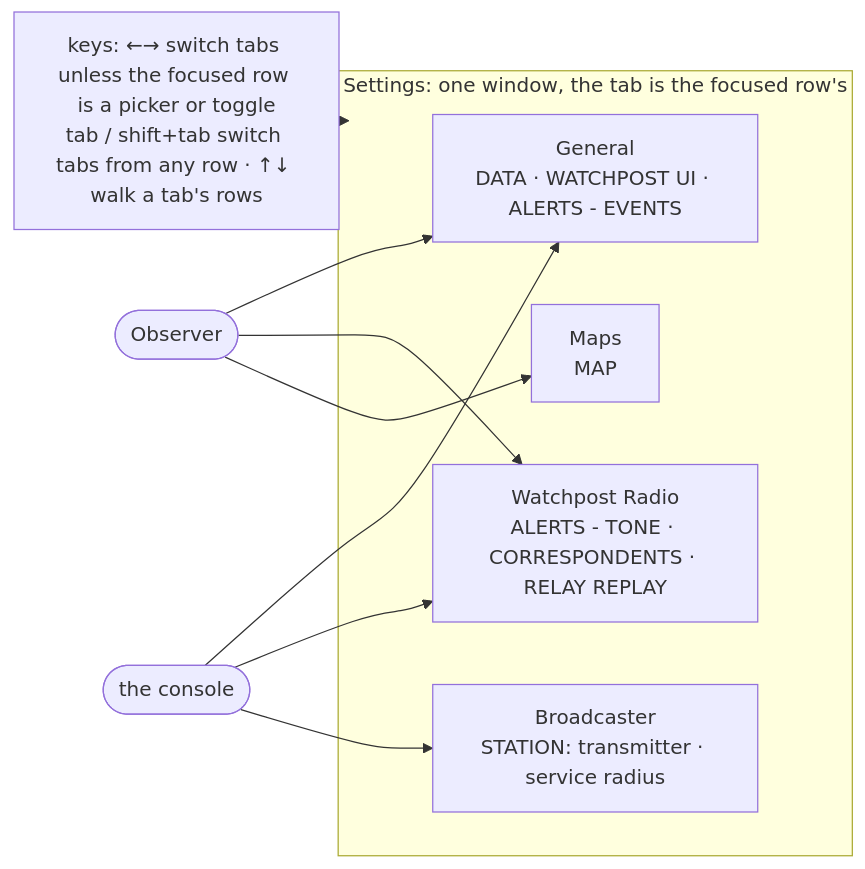
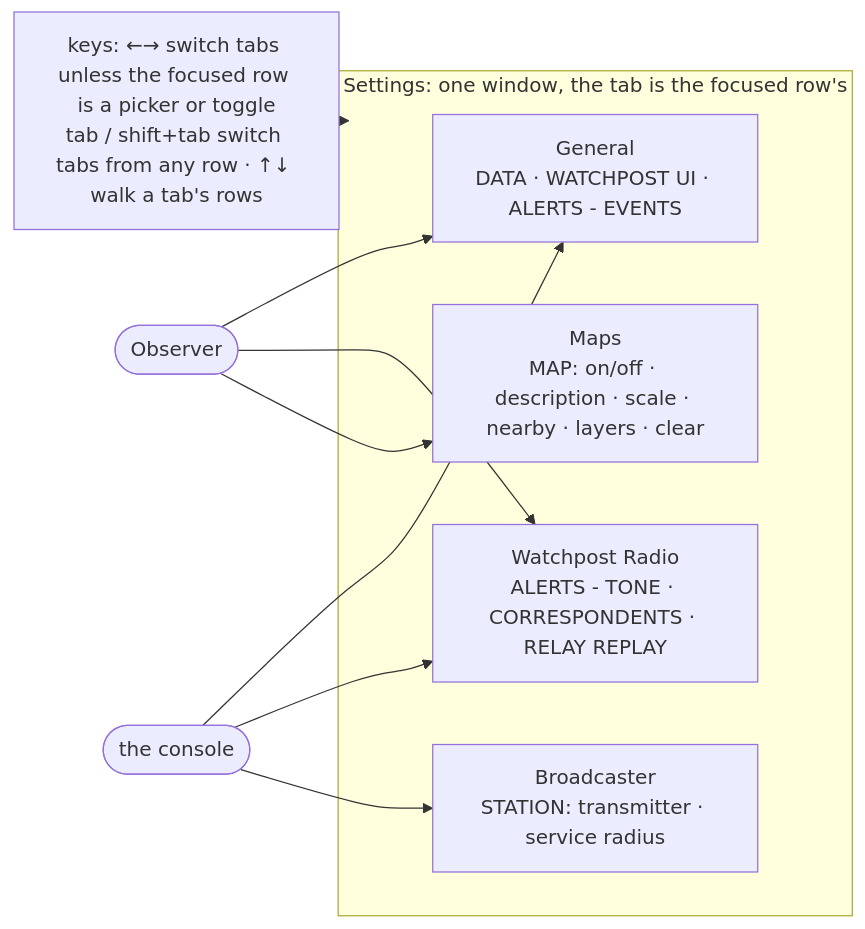
One commit to branden-thompson/watchpost changed the third of 3 diagrams in 06_docs/02_features/observer-maps/03-architecture-design/as-built-map.md. Above: the diagram before and after it, drawn with Mermaid. The commit also changed other lines of this file and 29 other files, not shown here.

First line of the commit message:
0.18.0 batch 9: default scale, nearby, layers; the layer registry; the cost warning

````diff
--- a/06_docs/02_features/observer-maps/03-architecture-design/as-built-map.md
+++ b/06_docs/02_features/observer-maps/03-architecture-design/as-built-map.md
@@ -80,12 +86,12 @@
 ```mermaid
 flowchart LR
   subgraph S["Settings: one window, the tab is the focused row's"]
     G["General\nDATA · WATCHPOST UI · ALERTS - EVENTS"]
     R["Watchpost Radio\nALERTS - TONE · CORRESPONDENTS · RELAY REPLAY"]
     B["Broadcaster\nSTATION: transmitter · service radius"]
-    M["Maps\nMAP"]
+    M["Maps\nMAP: on/off · description · scale · nearby · layers · clear"]
   end
   O(["Observer"]) --> G & R & M
   C(["the console"]) --> G & R & B
   K["keys: ←→ switch tabs unless the focused row is a picker or toggle\ntab / shift+tab switch tabs from any row · ↑↓ walk a tab's rows"] -.-> S
 ```
````
